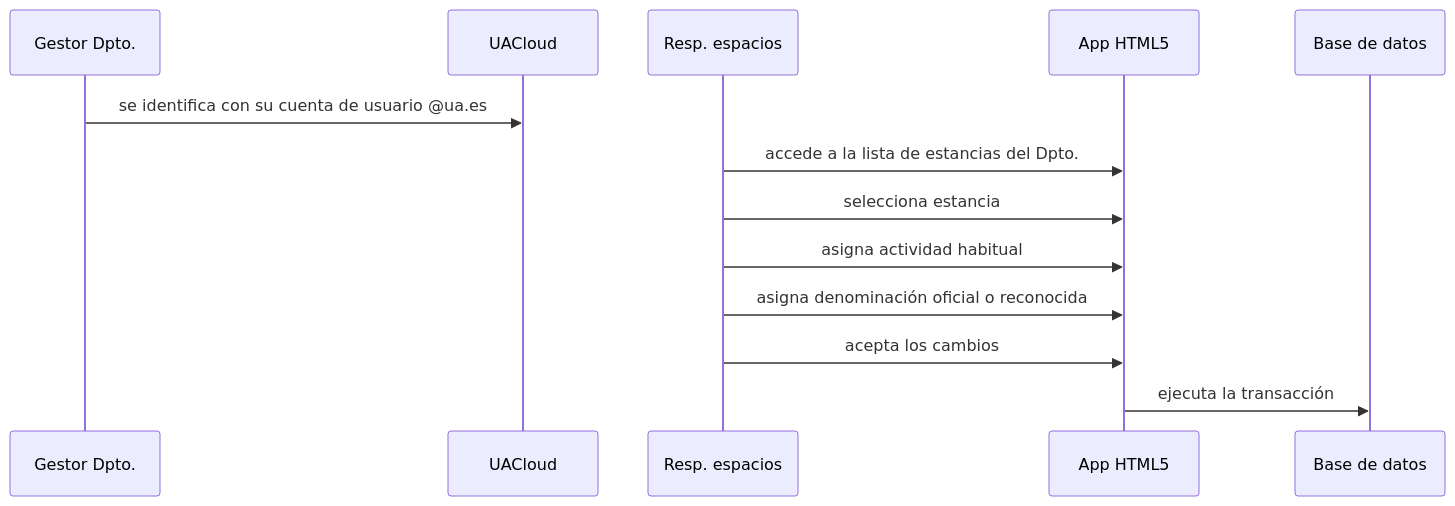
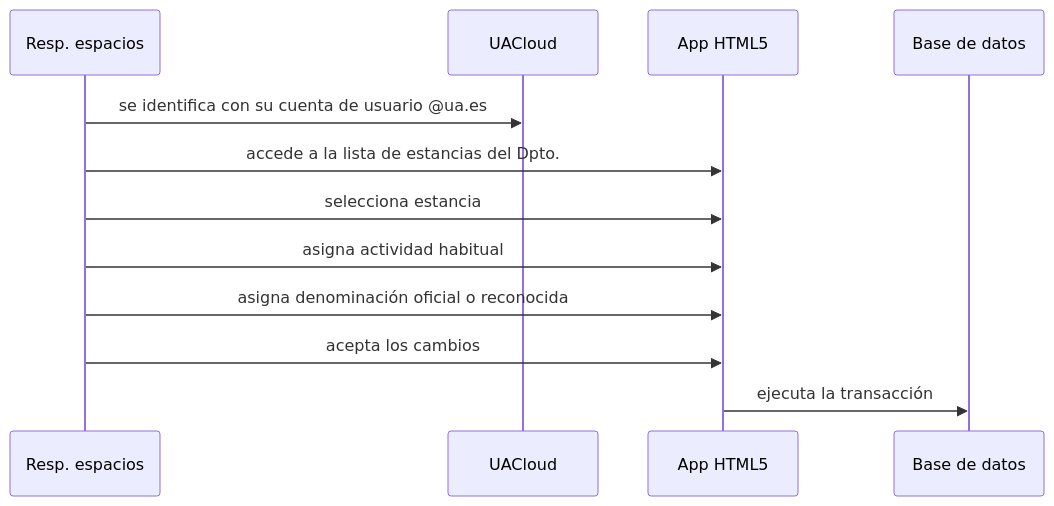
The diagram in ds03.md (labgeo/ua-mods), drawn with Mermaid before and after one commit.

```diff
--- a/ds03.md
+++ b/ds03.md
@@ -5,10 +5,10 @@
 {% mermaid %}
 sequenceDiagram;
-  Gestor Dpto.->>UACloud: se identifica con su cuenta de usuario @ua.es;
+  Resp. espacios->>UACloud: se identifica con su cuenta de usuario @ua.es;
   Resp. espacios->>App HTML5: accede a la lista de estancias del Dpto.;
   Resp. espacios->>App HTML5: selecciona estancia;
   Resp. espacios->>App HTML5: asigna actividad habitual;
   Resp. espacios->>App HTML5: asigna denominación oficial o reconocida;
   Resp. espacios->>App HTML5: acepta los cambios;
   App HTML5->>Base de datos: ejecuta la transacción;
 {% endmermaid %}
```
